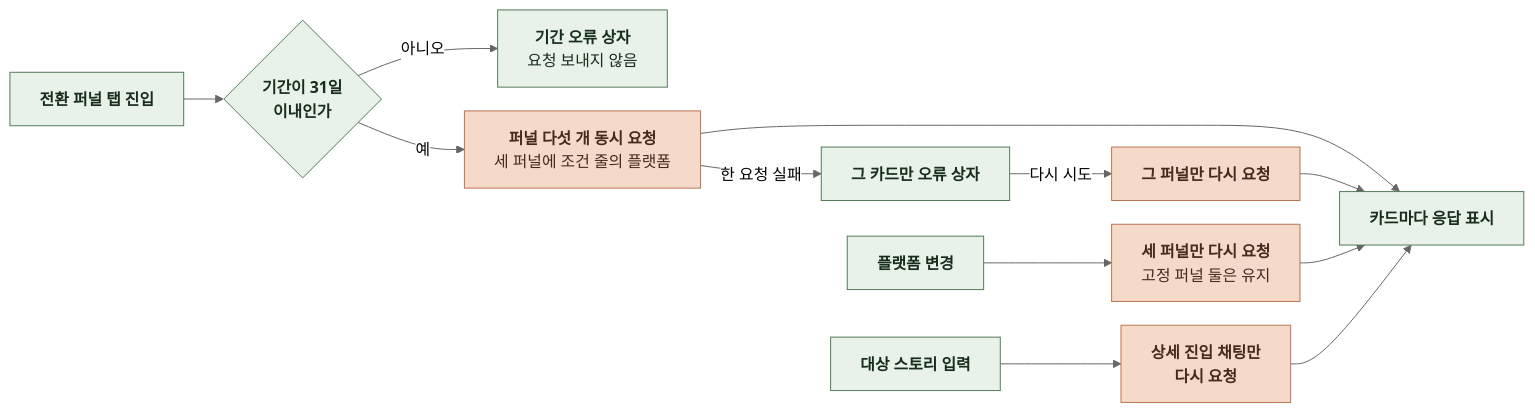
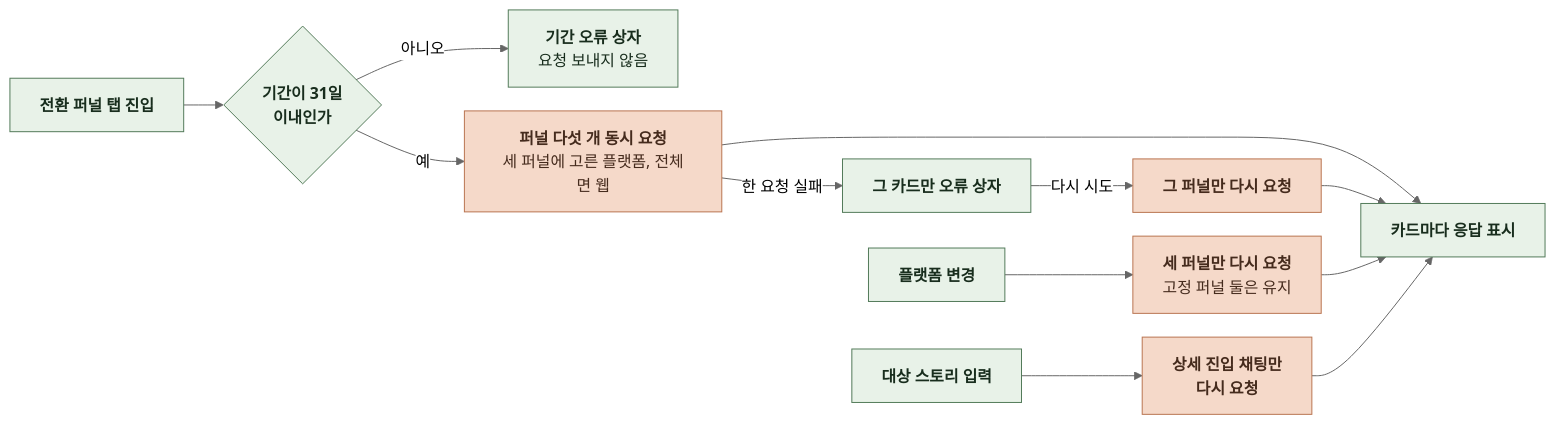
The fifth of 5 diagrams in docs/domain/ADMIN/WEB/3-4-INTERACTION-FLOWS.md (KIM-N-KANG/knk-harness), drawn with Mermaid (neutral theme) before and after one commit. The commit also changed other lines of this file and 29 other files, not shown here.

````diff
--- a/docs/domain/ADMIN/WEB/3-4-INTERACTION-FLOWS.md
+++ b/docs/domain/ADMIN/WEB/3-4-INTERACTION-FLOWS.md
@@ -158,24 +158,24 @@
 ```mermaid
 %%{init: {"flowchart": {"curve": "basis", "nodeSpacing": 24, "rankSpacing": 40}}}%%
 flowchart LR
     A["`**전환 퍼널 탭 진입**`"] --> B{"`**기간이 31일
 이내인가**`"}
     B -->|아니오| E["`**기간 오류 상자**
 요청 보내지 않음`"]
     B -->|예| C["`**퍼널 다섯 개 동시 요청**
-세 퍼널에 조건 줄의 플랫폼`"]
+세 퍼널에 고른 플랫폼, 전체면 웹`"]
     C --> D["`**카드마다 응답 표시**`"]
     C -->|한 요청 실패| F["`**그 카드만 오류 상자**`"]
     F -->|다시 시도| G["`**그 퍼널만 다시 요청**`"]
     G --> D
     H["`**플랫폼 변경**`"] --> I["`**세 퍼널만 다시 요청**
 고정 퍼널 둘은 유지`"]
     I --> D
     J["`**대상 스토리 입력**`"] --> K["`**상세 진입 채팅만
 다시 요청**`"]
     K --> D
     classDef comp fill:#E8F2E8,stroke:#527A59,color:#182D1D
     classDef task fill:#F5D9C9,stroke:#B97450,color:#452B1D
     class A,B,D,E,F,H,J comp
     class C,G,I,K task
 ```
````
